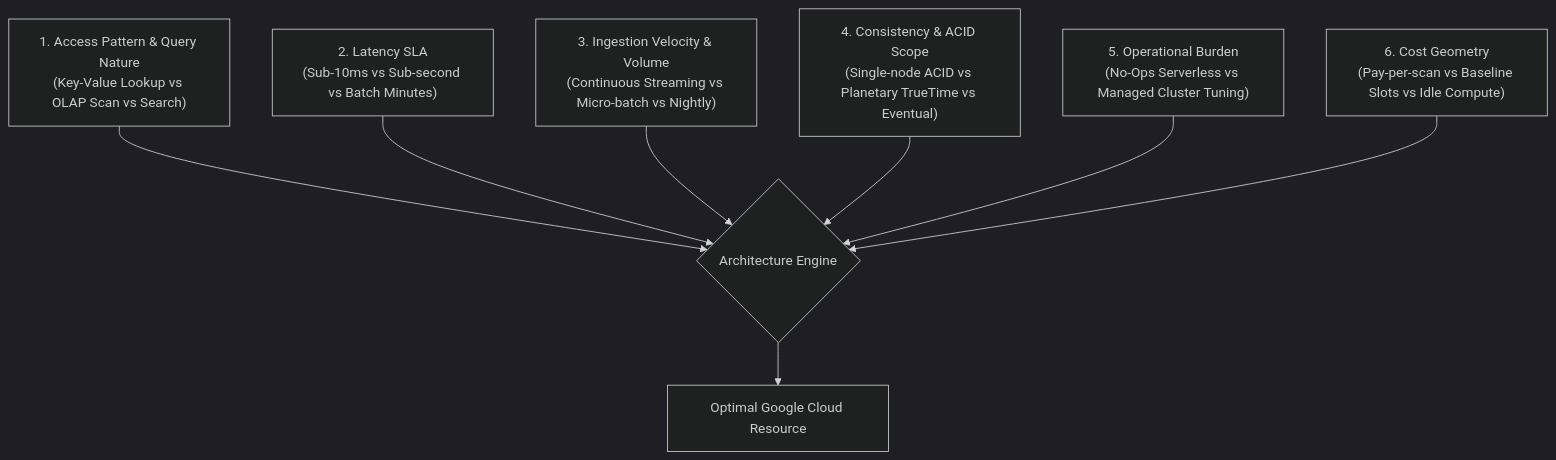
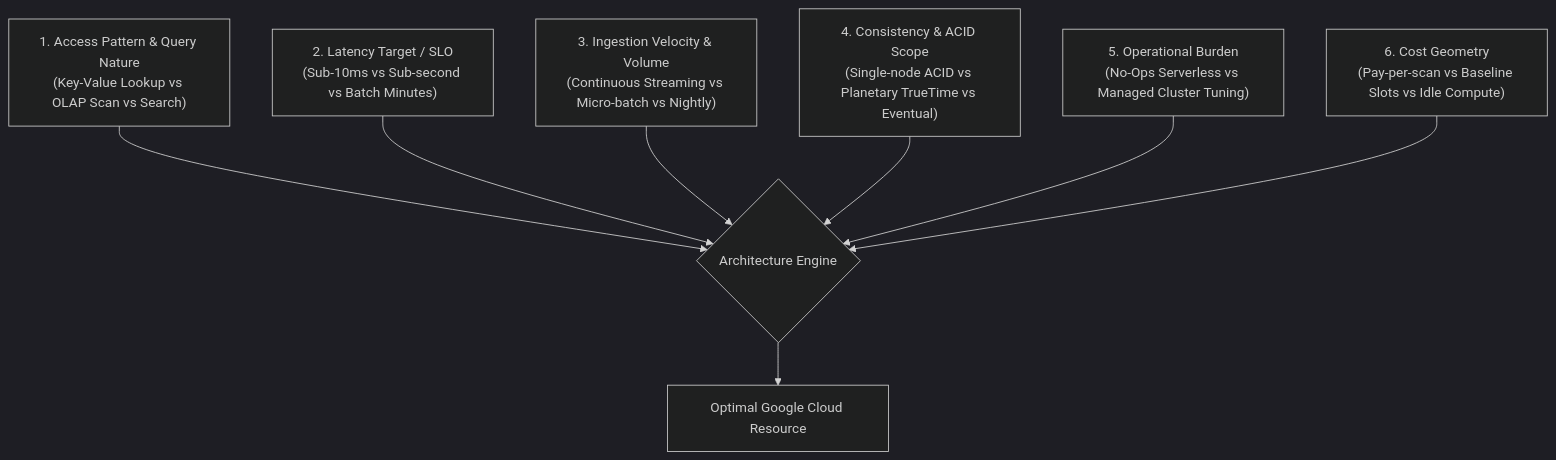
The first of 5 diagrams in 00_resource_selection_guide.md (rohithvishaal/GCP_PDE_Notes), drawn with Mermaid (dark theme) before and after one commit. The commit also changed other lines of this file and 53 other files, not shown here.

````diff
--- a/00_resource_selection_guide.md
+++ b/00_resource_selection_guide.md
@@ -29,10 +29,10 @@
 ```mermaid
 flowchart TD
     V1["1. Access Pattern & Query Nature\n(Key-Value Lookup vs OLAP Scan vs Search)"] --> Decision{"Architecture Engine"}
-    V2["2. Latency SLA\n(Sub-10ms vs Sub-second vs Batch Minutes)"] --> Decision
+    V2["2. Latency Target / SLO\n(Sub-10ms vs Sub-second vs Batch Minutes)"] --> Decision
     V3["3. Ingestion Velocity & Volume\n(Continuous Streaming vs Micro-batch vs Nightly)"] --> Decision
     V4["4. Consistency & ACID Scope\n(Single-node ACID vs Planetary TrueTime vs Eventual)"] --> Decision
     V5["5. Operational Burden\n(No-Ops Serverless vs Managed Cluster Tuning)"] --> Decision
     V6["6. Cost Geometry\n(Pay-per-scan vs Baseline Slots vs Idle Compute)"] --> Decision
     Decision --> Solution["Optimal Google Cloud Resource"]
 ```
````
